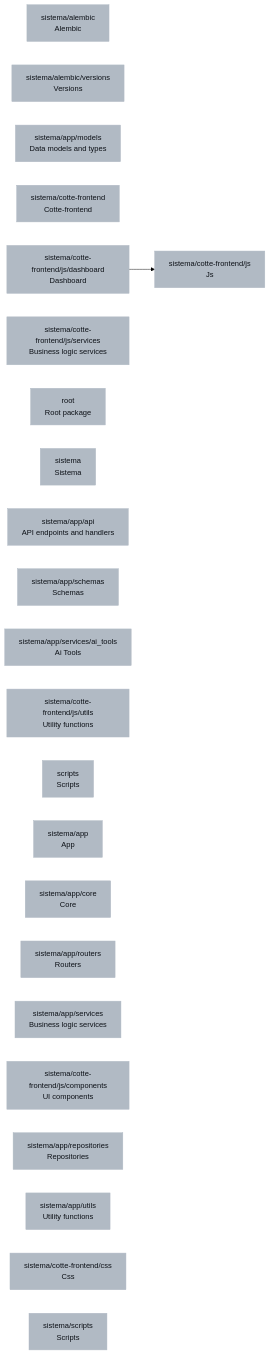
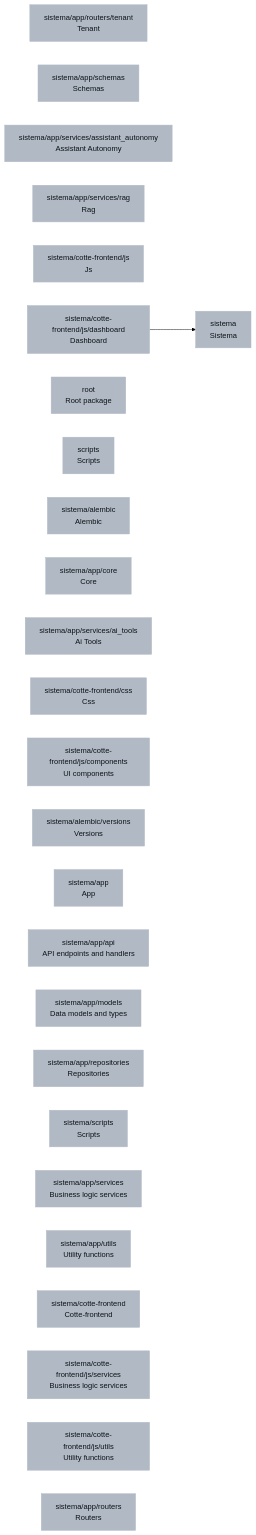
Before and after one commit to gersonkraus/cotte.app: the diagram in DEPENDENCIES.md, drawn with Mermaid (forest theme). The commit also changed other lines of this file and 25 other files, not shown here.

````diff
--- a/DEPENDENCIES.md
+++ b/DEPENDENCIES.md
@@ -12,29 +5,32 @@
 ```mermaid
 graph LR
+  classDef javascript fill:#c9d1d9,color:#0d1117,stroke:#c9d1d9
   classDef python fill:#b1bac4,color:#0d1117,stroke:#b1bac4
-  classDef javascript fill:#c9d1d9,color:#0d1117,stroke:#c9d1d9
-  sistema_alembic["sistema/alembic<br/>Alembic"]:::python
-  sistema_alembic_versions["sistema/alembic/versions<br/>Versions"]:::python
-  sistema_app_models["sistema/app/models<br/>Data models and types"]:::python
-  sistema_cotte_frontend["sistema/cotte-frontend<br/>Cotte-frontend"]:::python
+  sistema_app_routers_tenant["sistema/app/routers/tenant<br/>Tenant"]:::python
+  sistema_app_schemas["sistema/app/schemas<br/>Schemas"]:::python
+  sistema_app_services_assistant_autonomy["sistema/app/services/assistant_autonomy<br/>Assistant Autonomy"]:::python
+  sistema_app_services_rag["sistema/app/services/rag<br/>Rag"]:::python
   sistema_cotte_frontend_js["sistema/cotte-frontend/js<br/>Js"]:::python
   sistema_cotte_frontend_js_dashboard["sistema/cotte-frontend/js/dashboard<br/>Dashboard"]:::python
+  root["root<br/>Root package"]:::python
+  scripts["scripts<br/>Scripts"]:::python
+  sistema_alembic["sistema/alembic<br/>Alembic"]:::python
+  sistema_app_core["sistema/app/core<br/>Core"]:::python
+  sistema_app_services_ai_tools["sistema/app/services/ai_tools<br/>Ai Tools"]:::python
+  sistema_cotte_frontend_css["sistema/cotte-frontend/css<br/>Css"]:::python
+  sistema_cotte_frontend_js_components["sistema/cotte-frontend/js/components<br/>UI components"]:::python
+  sistema_alembic_versions["sistema/alembic/versions<br/>Versions"]:::python
+  sistema_app["sistema/app<br/>App"]:::python
+  sistema_app_api["sistema/app/api<br/>API endpoints and handlers"]:::python
+  sistema_app_models["sistema/app/models<br/>Data models and types"]:::python
+  sistema_app_repositories["sistema/app/repositories<br/>Repositories"]:::python
+  sistema_scripts["sistema/scripts<br/>Scripts"]:::python
+  sistema["sistema<br/>Sistema"]:::python
+  sistema_app_services["sistema/app/services<br/>Business logic services"]:::python
+  sistema_app_utils["sistema/app/utils<br/>Utility functions"]:::python
+  sistema_cotte_frontend["sistema/cotte-frontend<br/>Cotte-frontend"]:::python
   sistema_cotte_frontend_js_services["sistema/cotte-frontend/js/services<br/>Business logic services"]:::python
-  root["root<br/>Root package"]:::python
-  sistema["sistema<br/>Sistema"]:::python
-  sistema_app_api["sistema/app/api<br/>API endpoints and handlers"]:::python
-  sistema_app_schemas["sistema/app/schemas<br/>Schemas"]:::python
-  sistema_app_services_ai_tools["sistema/app/services/ai_tools<br/>Ai Tools"]:::python
   sistema_cotte_frontend_js_utils["sistema/cotte-frontend/js/utils<br/>Utility functions"]:::python
-  scripts["scripts<br/>Scripts"]:::python
-  sistema_app["sistema/app<br/>App"]:::python
-  sistema_app_core["sistema/app/core<br/>Core"]:::python
   sistema_app_routers["sistema/app/routers<br/>Routers"]:::python
-  sistema_app_services["sistema/app/services<br/>Business logic services"]:::python
-  sistema_cotte_frontend_js_components["sistema/cotte-frontend/js/components<br/>UI components"]:::python
-  sistema_app_repositories["sistema/app/repositories<br/>Repositories"]:::python
-  sistema_app_utils["sistema/app/utils<br/>Utility functions"]:::python
-  sistema_cotte_frontend_css["sistema/cotte-frontend/css<br/>Css"]:::python
-  sistema_scripts["sistema/scripts<br/>Scripts"]:::python
-  sistema_cotte_frontend_js_dashboard --> sistema_cotte_frontend_js
+  sistema_cotte_frontend_js_dashboard --> sistema
 ```
````
